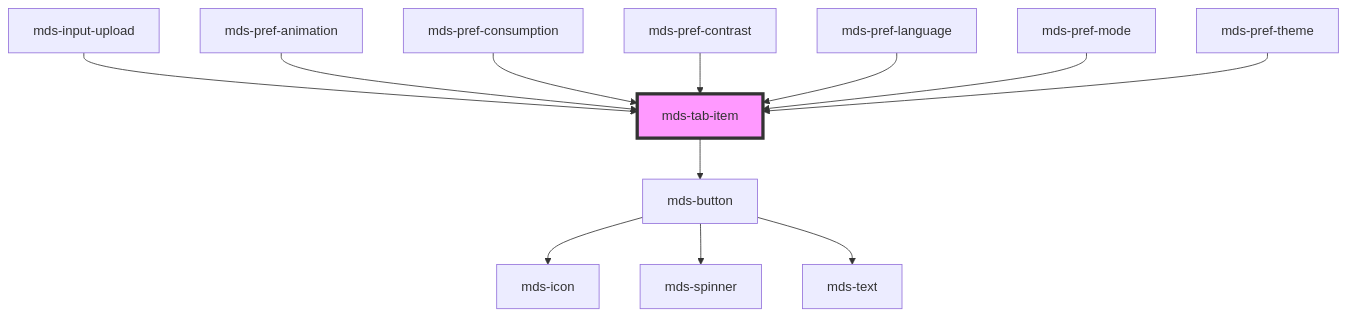
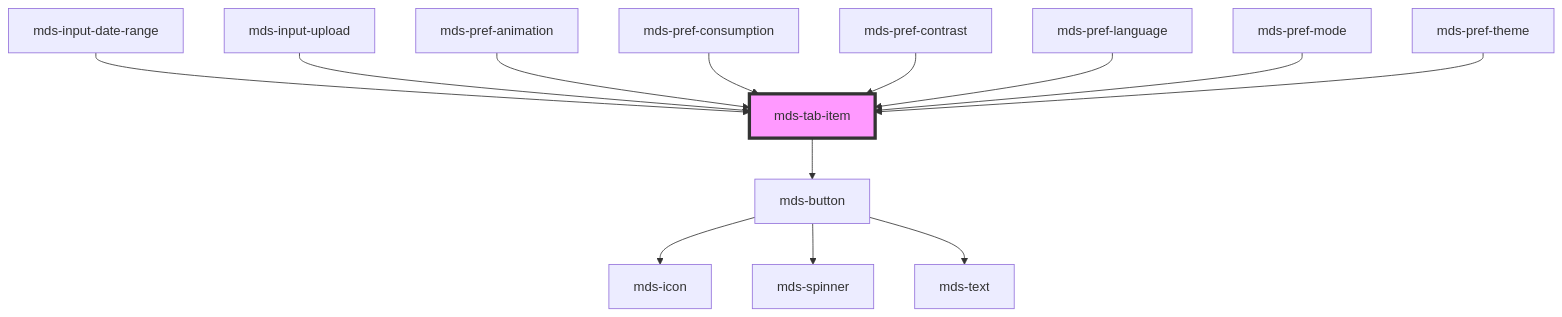
The diagram in projects/stencil/src/components/mds-tab-item/readme.md (magma-design-system/magma), drawn with Mermaid before and after one commit. The commit also changed other lines of this file and 11 other files, not shown here.

First line of the commit message:
feat(mds-input-date-range): pick the end of the active field, shown in a header

````diff
--- a/projects/stencil/src/components/mds-tab-item/readme.md
+++ b/projects/stencil/src/components/mds-tab-item/readme.md
@@ -423,15 +424,16 @@
 ```mermaid
 graph TD;
   mds-tab-item --> mds-button
   mds-button --> mds-icon
   mds-button --> mds-spinner
   mds-button --> mds-text
+  mds-input-date-range --> mds-tab-item
   mds-input-upload --> mds-tab-item
   mds-pref-animation --> mds-tab-item
   mds-pref-consumption --> mds-tab-item
   mds-pref-contrast --> mds-tab-item
   mds-pref-language --> mds-tab-item
   mds-pref-mode --> mds-tab-item
   mds-pref-theme --> mds-tab-item
   style mds-tab-item fill:#f9f,stroke:#333,stroke-width:4px
 ```
````
